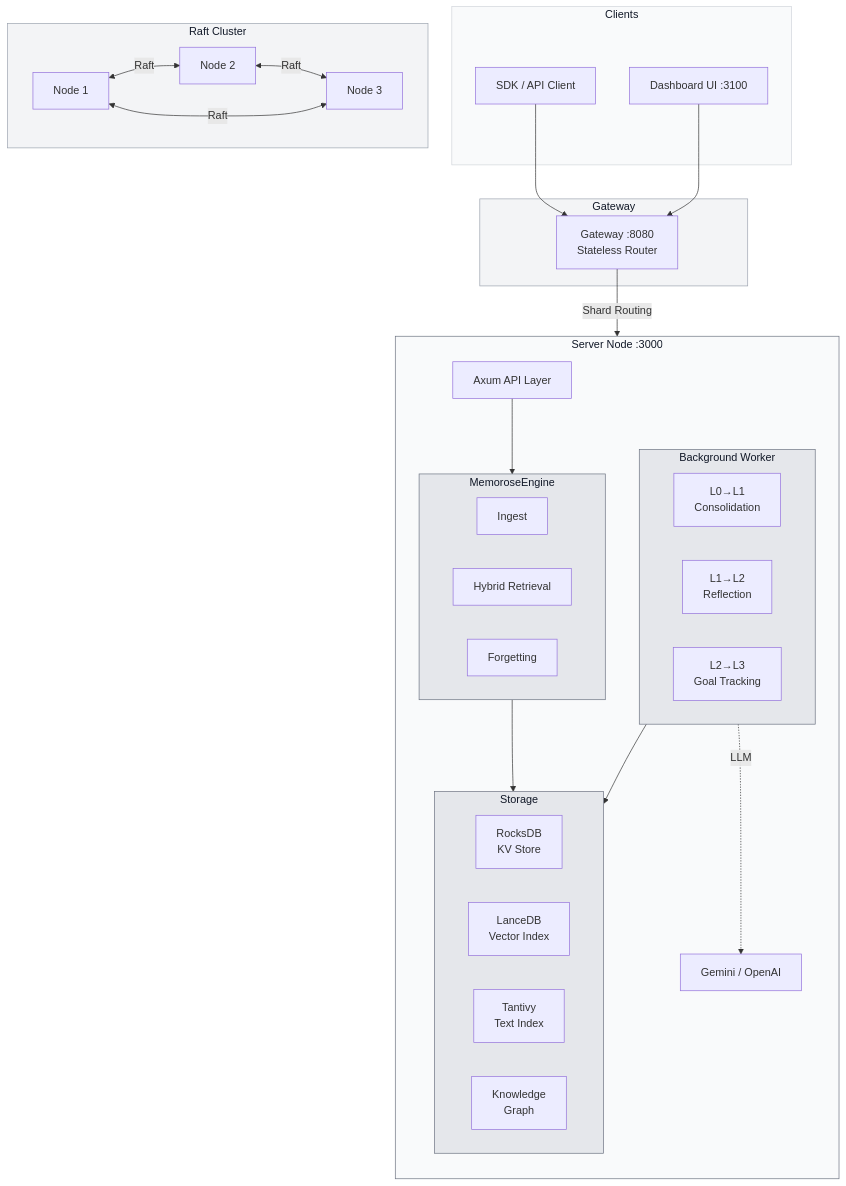
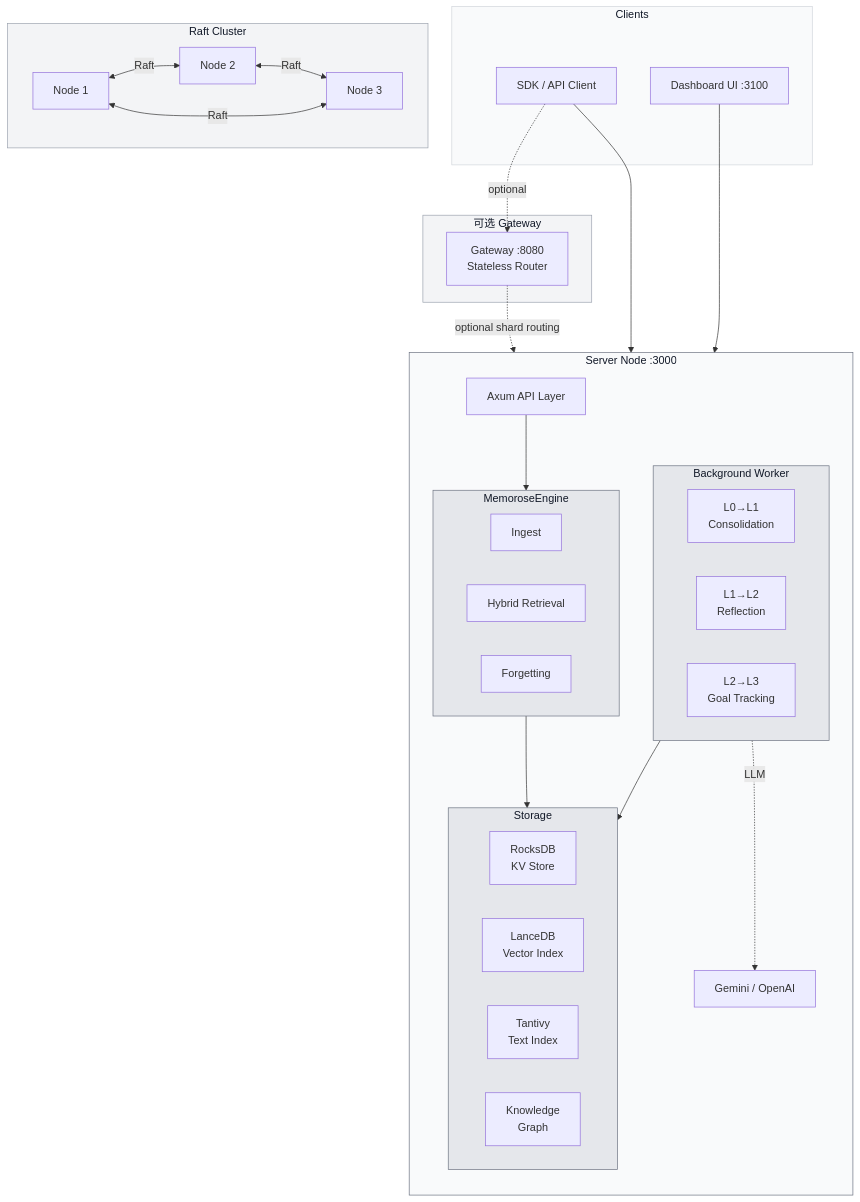
One commit to ai-akashic/memorose-docs changed the first of 2 diagrams in zh/architecture/overview.mdx. Above: the diagram before and after it, drawn with Mermaid. The commit also changed other lines of this file and 41 other files, not shown here.

````diff
--- a/zh/architecture/overview.mdx
+++ b/zh/architecture/overview.mdx
@@ -12,66 +12,66 @@
 ```mermaid
 graph TB
   subgraph Clients
     SDK["SDK / API Client"]
     Dashboard["Dashboard UI :3100"]
   end
 
-  subgraph Gateway
+  subgraph OptionalGateway["可选 Gateway"]
     GW["Gateway :8080<br/>Stateless Router"]
   end
 
-  SDK --> GW
-  Dashboard --> GW
+  SDK --> API
+  Dashboard --> API
+  SDK -.->|"optional"| GW
+  GW -.->|"optional shard routing"| API
 
   subgraph Node["Server Node :3000"]
     direction TB
     API["Axum API Layer"]
 
     subgraph Engine["MemoroseEngine"]
       direction LR
       Ingest["Ingest"]
       Retrieve["Hybrid Retrieval"]
       Forget["Forgetting"]
     end
 
     subgraph Worker["Background Worker"]
       direction LR
       Consolidation["L0→L1<br/>Consolidation"]
       Reflection["L1→L2<br/>Reflection"]
       Goals["L2→L3<br/>Goal Tracking"]
     end
 
     subgraph Storage
       direction LR
       RocksDB["RocksDB<br/>KV Store"]
       Lance["LanceDB<br/>Vector Index"]
       Tantivy["Tantivy<br/>Text Index"]
       Graph["Knowledge<br/>Graph"]
     end
 
     API --> Engine
     Engine --> Storage
     Worker --> Storage
     Worker -.->|"LLM"| LLM["Gemini / OpenAI"]
   end
 
-  GW -->|"Shard Routing"| API
-
   subgraph Cluster["Raft Cluster"]
     direction LR
     N1["Node 1"]
     N2["Node 2"]
     N3["Node 3"]
     N1 <-->|"Raft"| N2
     N2 <-->|"Raft"| N3
     N1 <-->|"Raft"| N3
   end
 
   style Clients fill:#f9fafb,stroke:#d1d5db,color:#111827
-  style Gateway fill:#f3f4f6,stroke:#9ca3af,color:#111827
+  style OptionalGateway fill:#f3f4f6,stroke:#9ca3af,color:#111827
   style Node fill:#f9fafb,stroke:#6b7280,color:#111827
   style Engine fill:#e5e7eb,stroke:#6b7280,color:#111827
   style Worker fill:#e5e7eb,stroke:#6b7280,color:#111827
   style Storage fill:#e5e7eb,stroke:#6b7280,color:#111827
   style Cluster fill:#f3f4f6,stroke:#9ca3af,color:#111827
 ```
````
